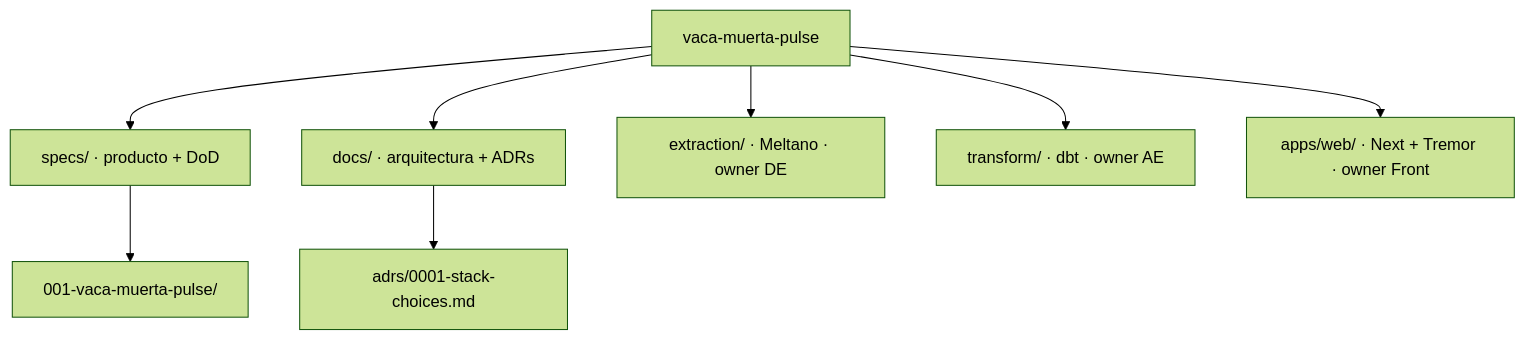
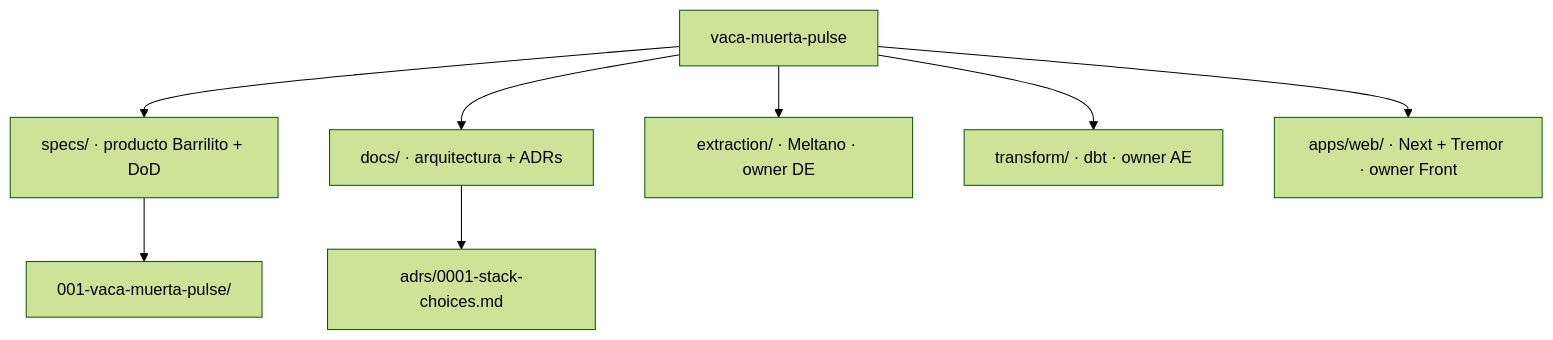
The second of 2 diagrams in README.md (nrohland/vaca-muerta-pulse), drawn with Mermaid (forest theme) before and after one commit. The commit also changed other lines of this file and 7 other files, not shown here.

````diff
--- a/README.md
+++ b/README.md
@@ -74,11 +91,11 @@
 ```mermaid
 flowchart TB
   R["vaca-muerta-pulse"]
-  R --> S["specs/ · producto + DoD"]
+  R --> S["specs/ · producto Barrilito + DoD"]
   R --> D["docs/ · arquitectura + ADRs"]
   R --> E["extraction/ · Meltano · owner DE"]
   R --> T["transform/ · dbt · owner AE"]
   R --> A["apps/web/ · Next + Tremor · owner Front"]
   S --> S1["001-vaca-muerta-pulse/"]
   D --> ADR["adrs/0001-stack-choices.md"]
 ```
````
